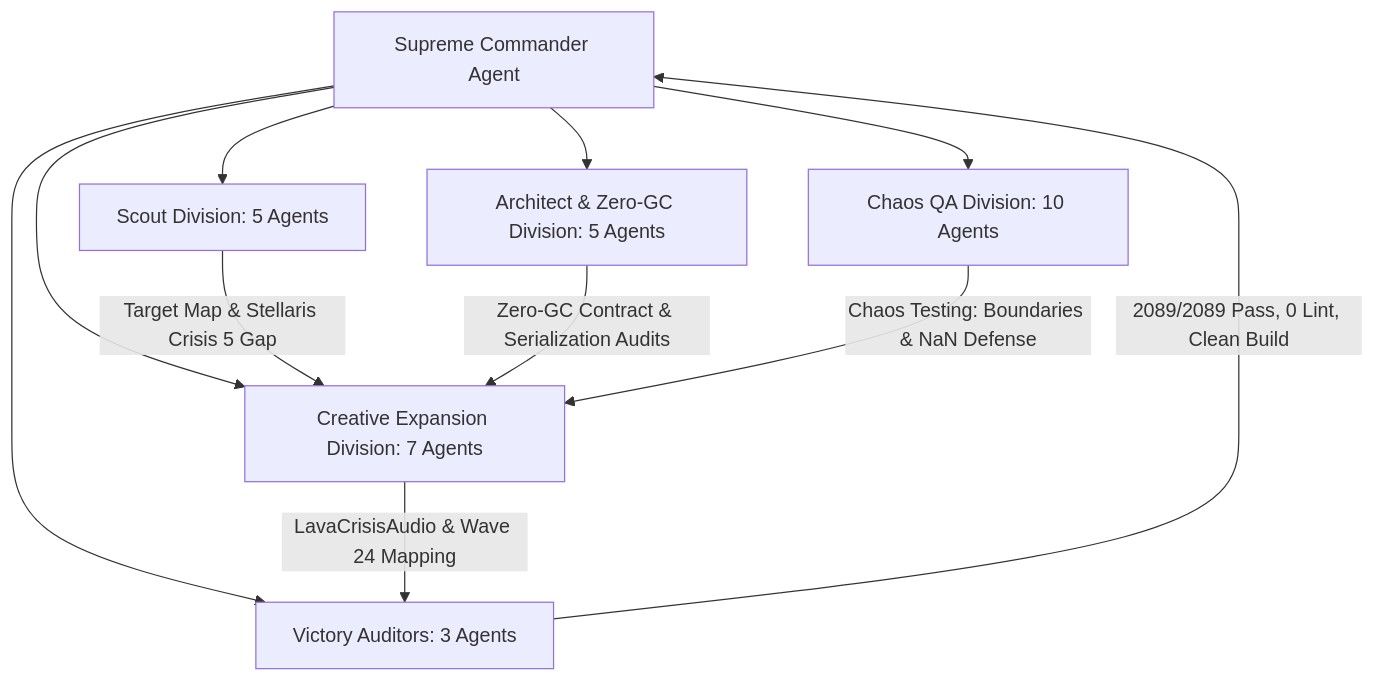
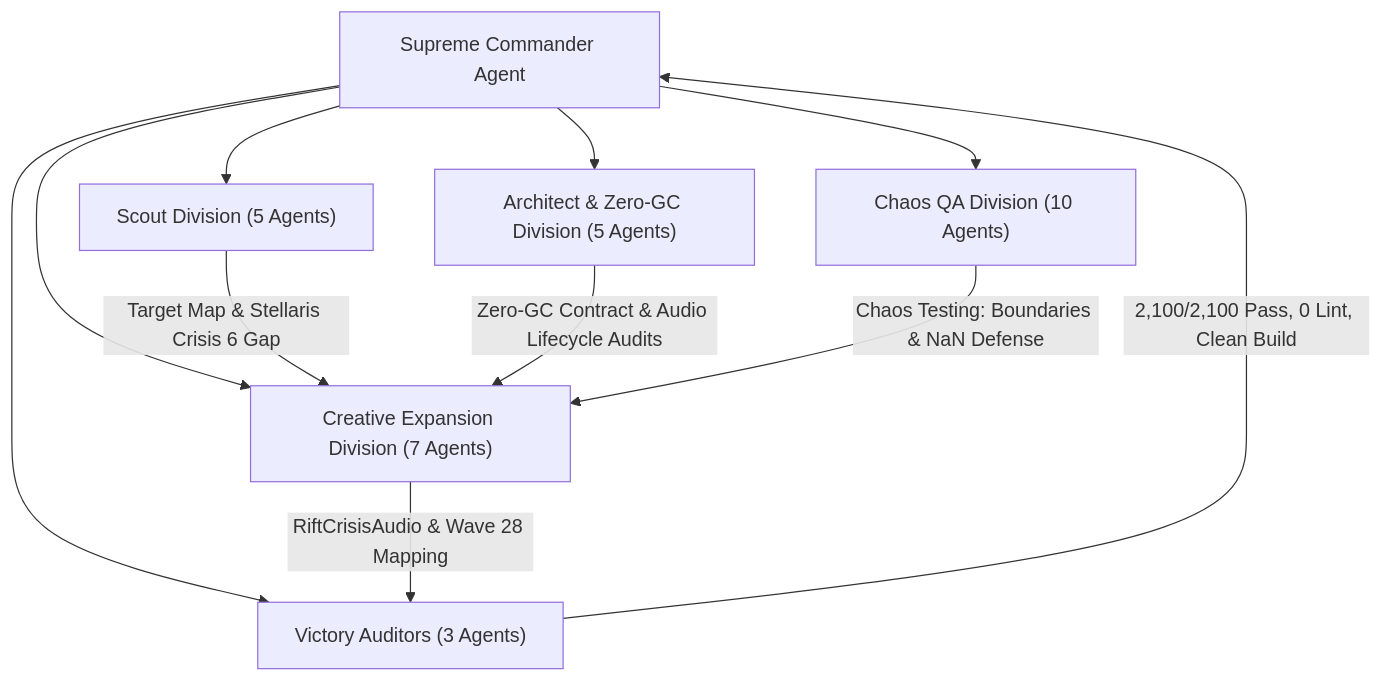
Before and after one commit to LeegwangYeol/bomberman-game: the diagram in DAILY_REPORT.md, drawn with Mermaid. The commit also changed other lines of this file and 14 other files, not shown here.

````diff
--- a/DAILY_REPORT.md
+++ b/DAILY_REPORT.md
@@ -49,14 +48,14 @@
 ```mermaid
 flowchart TD
-    SC[Supreme Commander Agent] --> SD[Scout Division: 5 Agents]
-    SC --> AD[Architect & Zero-GC Division: 5 Agents]
-    SC --> CQD[Chaos QA Division: 10 Agents]
-    SC --> CED[Creative Expansion Division: 7 Agents]
-    SC --> VA[Victory Auditors: 3 Agents]
+    SC["Supreme Commander Agent"] --> SD["Scout Division (5 Agents)"]
+    SC --> AD["Architect & Zero-GC Division (5 Agents)"]
+    SC --> CQD["Chaos QA Division (10 Agents)"]
+    SC --> CED["Creative Expansion Division (7 Agents)"]
+    SC --> VA["Victory Auditors (3 Agents)"]
 
-    SD -->|Target Map & Stellaris Crisis 5 Gap| CED
-    AD -->|Zero-GC Contract & Serialization Audits| CED
-    CQD -->|Chaos Testing: Boundaries & NaN Defense| CED
-    CED -->|LavaCrisisAudio & Wave 24 Mapping| VA
-    VA -->|2089/2089 Pass, 0 Lint, Clean Build| SC
+    SD -->|"Target Map & Stellaris Crisis 6 Gap"| CED
+    AD -->|"Zero-GC Contract & Audio Lifecycle Audits"| CED
+    CQD -->|"Chaos Testing: Boundaries & NaN Defense"| CED
+    CED -->|"RiftCrisisAudio & Wave 28 Mapping"| VA
+    VA -->|"2,100/2,100 Pass, 0 Lint, Clean Build"| SC
 ```
````
